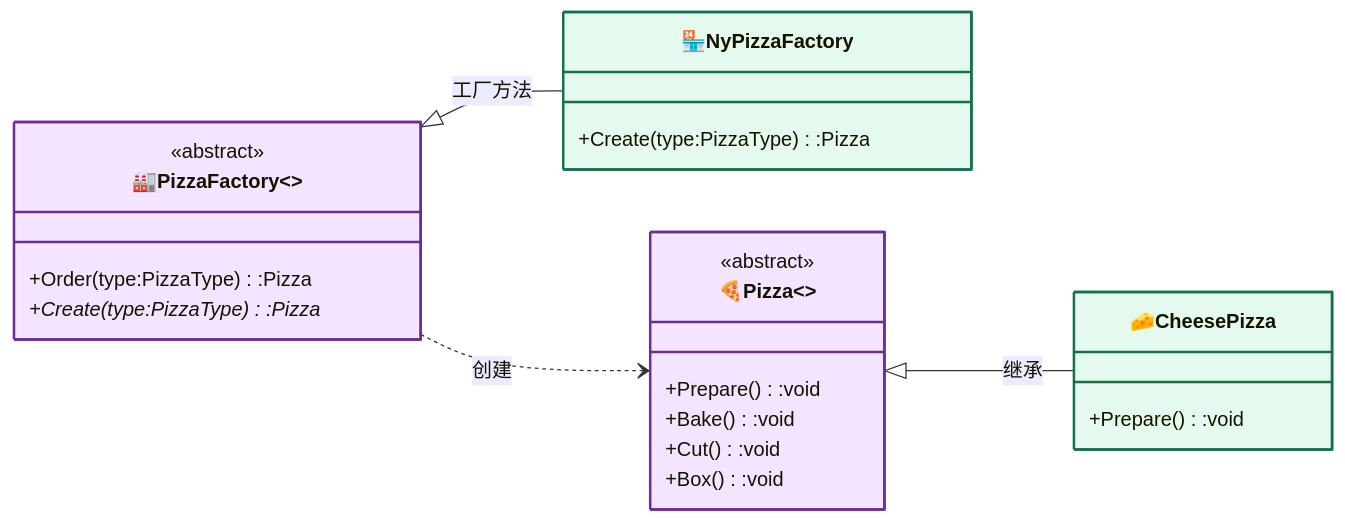
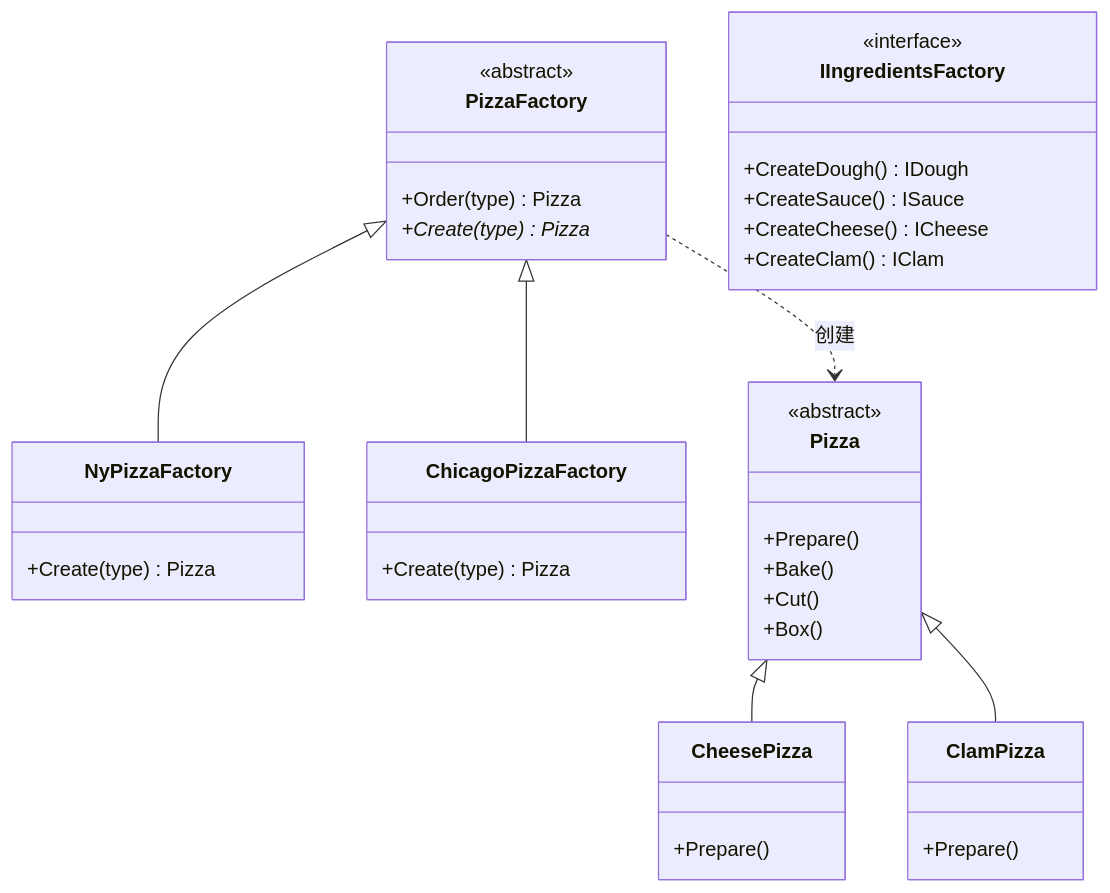
The third of 3 diagrams in FactoryPattern/README.md (hollson/design_patterns), drawn with Mermaid before and after one commit. The commit also changed other lines of this file and 19 other files, not shown here.

````diff
--- a/FactoryPattern/README.md
+++ b/FactoryPattern/README.md
@@ -33,32 +76,40 @@
 ```mermaid
-%%{init: {"classDiagram": {"useMarkdownLabels": true}} }%%
 classDiagram
-    direction LR
-
-    class Creator["🏭PizzaFactory<<abstract>>"]:::strategyCls{
+    class PizzaFactory {
         <<abstract>>
-        +Order(type:PizzaType):Pizza
-        +Create(type:PizzaType)*:Pizza
+        +Order(type) Pizza
+        +Create(type)* Pizza
     }
-    class ConcreteCreator["🏪NyPizzaFactory"]:::concreteCls{
-        +Create(type:PizzaType):Pizza
+    class NyPizzaFactory {
+        +Create(type) Pizza
     }
-    class Product["🍕Pizza<<abstract>>"]:::strategyCls{
+    class ChicagoPizzaFactory {
+        +Create(type) Pizza
+    }
+    class IIngredientsFactory {
+        <<interface>>
+        +CreateDough() IDough
+        +CreateSauce() ISauce
+        +CreateCheese() ICheese
+        +CreateClam() IClam
+    }
+    class Pizza {
         <<abstract>>
-        +Prepare():void
-        +Bake():void
-        +Cut():void
-        +Box():void
+        +Prepare()
+        +Bake()
+        +Cut()
+        +Box()
     }
-    class ConcreteProduct["🧀CheesePizza"]:::concreteCls{
-        +Prepare():void
+    class CheesePizza {
+        +Prepare()
+    }
+    class ClamPizza {
+        +Prepare()
     }
 
-    Creator <|-- ConcreteCreator : 工厂方法
-    Creator ..> Product : 创建
-    Product <|-- ConcreteProduct : 继承
-
-    classDef contextCls fill:#fff3cd,stroke:#856404,stroke-width:2px
-    classDef strategyCls fill:#f3e5ff,stroke:#6b2d91,stroke-width:2px
-    classDef concreteCls fill:#e5faef,stroke:#177048,stroke-width:2px
+    PizzaFactory <|-- NyPizzaFactory
+    PizzaFactory <|-- ChicagoPizzaFactory
+    PizzaFactory ..> Pizza : 创建
+    Pizza <|-- CheesePizza
+    Pizza <|-- ClamPizza
 ```
````
